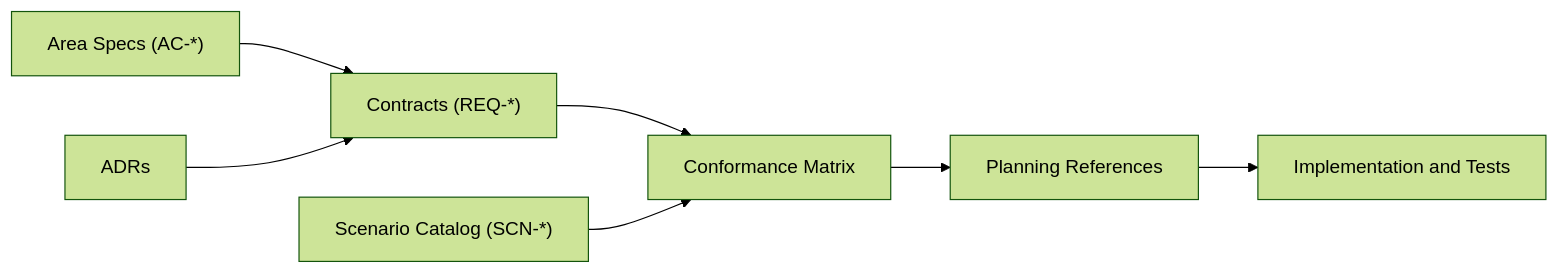
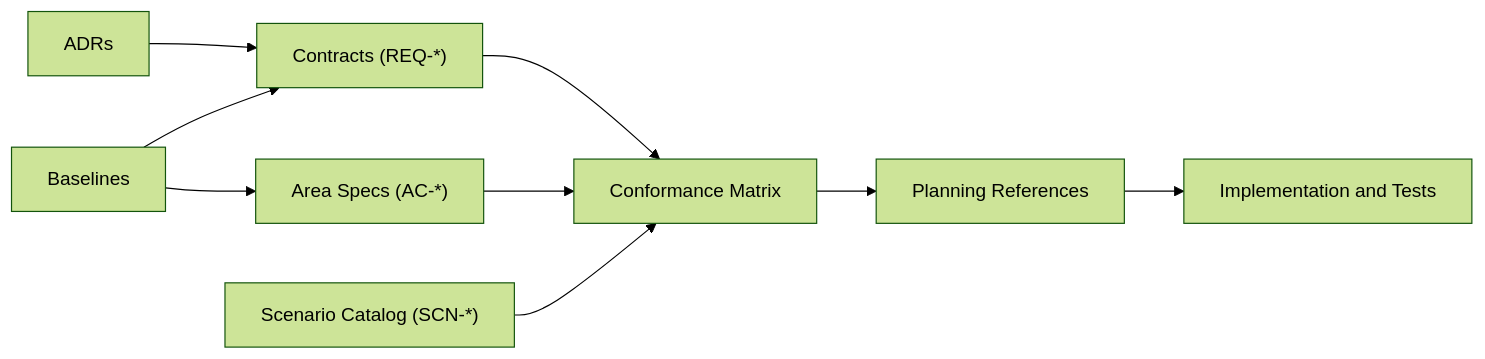
The diagram in specs/architecture-overview.md (pcharbon70/triple_store), drawn with Mermaid (forest theme) before and after one commit. The commit also changed other lines of this file and 25 other files, not shown here.

Commit message:
Backfill specs from current architecture

````diff
--- a/specs/architecture-overview.md
+++ b/specs/architecture-overview.md
@@ -39,9 +54,11 @@
 ```mermaid
 flowchart LR
-  A["Area Specs (AC-*)"] --> B["Contracts (REQ-*)"]
-  C["ADRs"] --> B
-  B --> D["Conformance Matrix"]
-  E["Scenario Catalog (SCN-*)"] --> D
-  D --> F["Planning References"]
-  F --> G["Implementation and Tests"]
+  ADR["ADRs"] --> REQ["Contracts (REQ-*)"]
+  BASE["Baselines"] --> REQ
+  BASE --> AC["Area Specs (AC-*)"]
+  REQ --> MATRIX["Conformance Matrix"]
+  AC --> MATRIX
+  SCN["Scenario Catalog (SCN-*)"] --> MATRIX
+  MATRIX --> PLAN["Planning References"]
+  PLAN --> IMPL["Implementation and Tests"]
 ```
````
